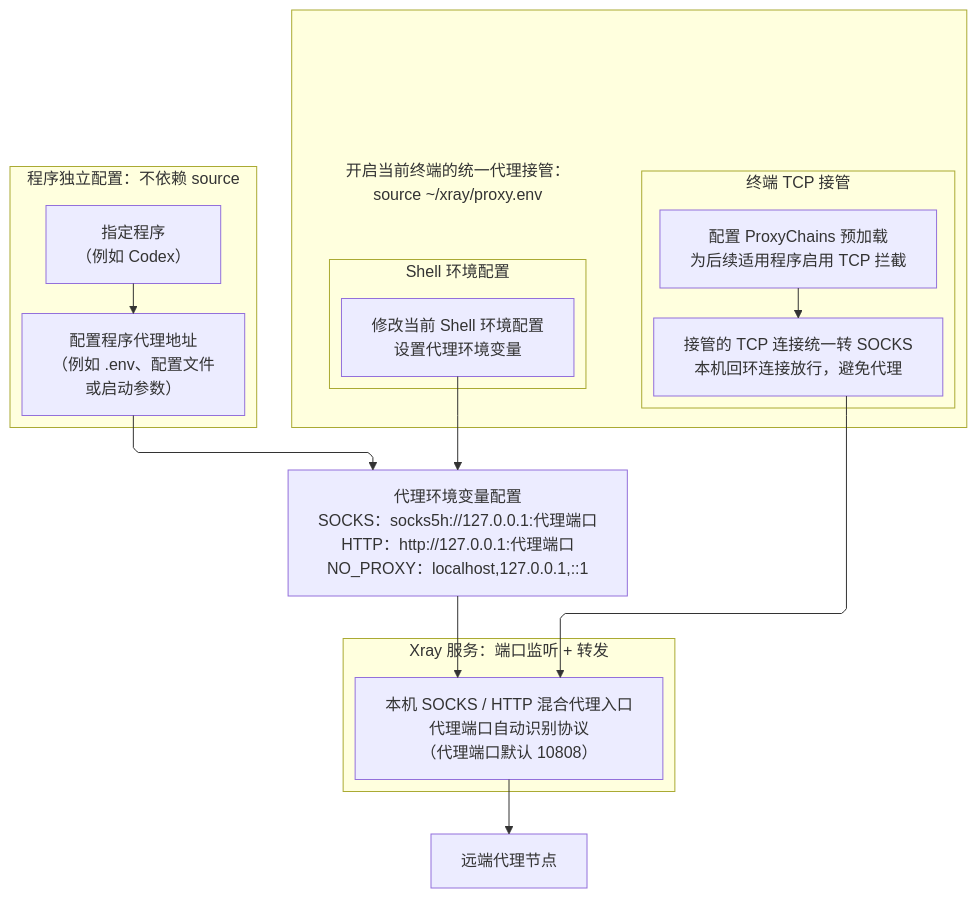
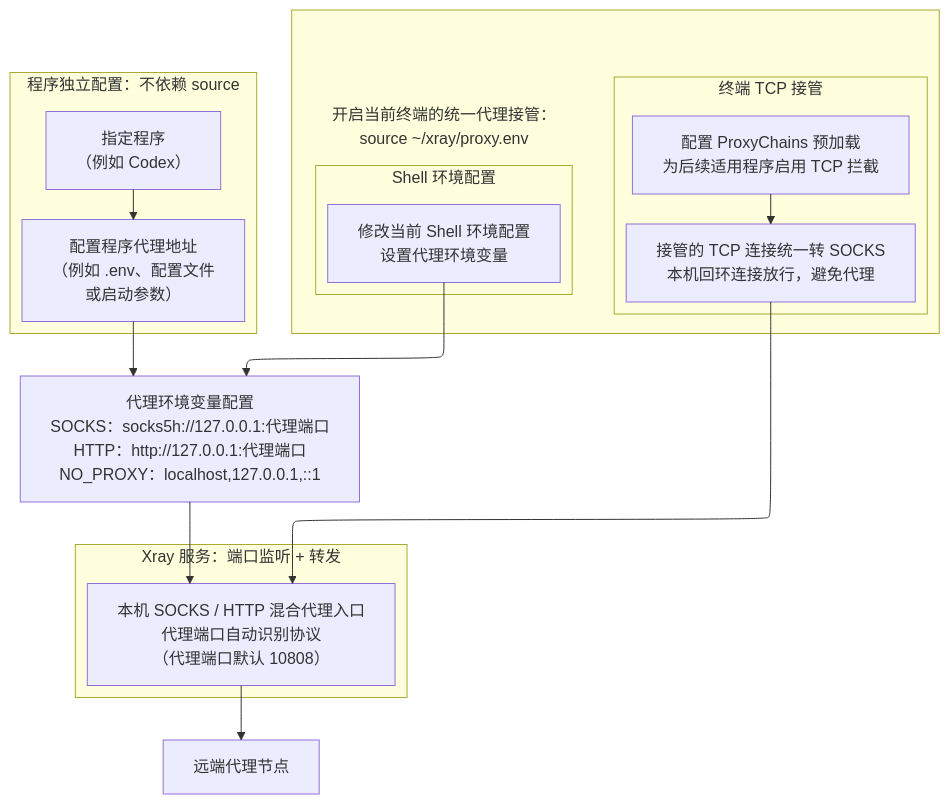
One commit to NULL-SF/xray changed the diagram in README.md. Above: the diagram before and after it, drawn with Mermaid.

Commit message:
Simplify proxy diagram layout and center shell heading

````diff
--- a/README.md
+++ b/README.md
@@ -39,64 +39,52 @@
 ```mermaid
 ---
 config:
   layout: elk
   elk:
     mergeEdges: false
-    nodePlacementStrategy: BRANDES_KOEPF
-    considerModelOrder: NODES_AND_EDGES
   flowchart:
     wrappingWidth: 420
-    nodeSpacing: 45
-    rankSpacing: 55
-    curve: linear
 ---
 flowchart TB
     subgraph TERMINAL[" "]
         direction LR
 
         subgraph INTERCEPT["终端 TCP 接管"]
             direction TB
             ENABLE["配置 ProxyChains 预加载<br/>为后续适用程序启用 TCP 拦截"]
             PC["接管的 TCP 连接统一转 SOCKS<br/>本机回环连接放行，避免代理"]
             ENABLE --> PC
         end
 
-        subgraph SHELL_COLUMN[" "]
+        subgraph SHELL_COLUMN["<div style='text-align:center'>开启当前终端的统一代理接管：<br/>source ~/xray/proxy.env</div>"]
             direction TB
-            TITLE["开启当前终端的统一代理接管：<br/>source ~/xray/proxy.env"]
 
             subgraph CONFIG["Shell 环境配置"]
                 ENV["修改当前 Shell 环境配置<br/>设置代理环境变量"]
             end
-
-            TITLE ~~~ ENV
         end
     end
 
     subgraph NATIVE["程序独立配置：不依赖 source"]
         direction TB
         PROGRAM["指定程序<br/>（例如 Codex）"]
         PROGCONFIG["配置程序代理地址<br/>（例如 .env、配置文件<br/>或启动参数）"]
         PROGRAM --> PROGCONFIG
     end
 
     PROXYCONFIG["代理环境变量配置<br/>SOCKS：socks5h://127.0.0.1:代理端口<br/>HTTP：http://127.0.0.1:代理端口<br/>NO_PROXY：localhost,127.0.0.1,::1"]
 
     PROGCONFIG --> PROXYCONFIG
     ENV --> PROXYCONFIG
 
-    %% 隐藏布局约束，不表示业务连接
-    PC ~~~ PROXYCONFIG
-
     subgraph XRAY["Xray 服务：端口监听 + 转发"]
         MIX["本机 SOCKS / HTTP 混合代理入口<br/>代理端口自动识别协议<br/>（代理端口默认 10808）"]
     end
 
     PC --> MIX
     PROXYCONFIG --> MIX
 
     MIX --> NODE["远端代理节点"]
 
-    style TITLE fill:transparent,stroke:transparent
     style SHELL_COLUMN fill:transparent,stroke:transparent
 ```
````
